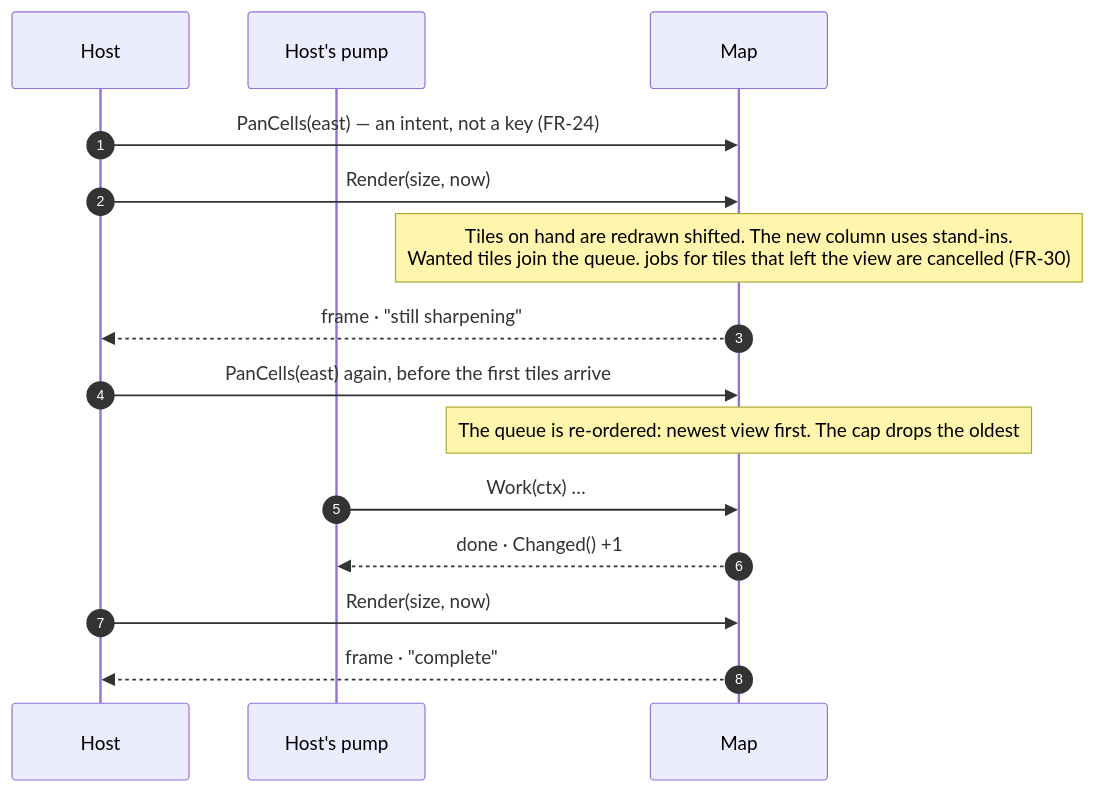
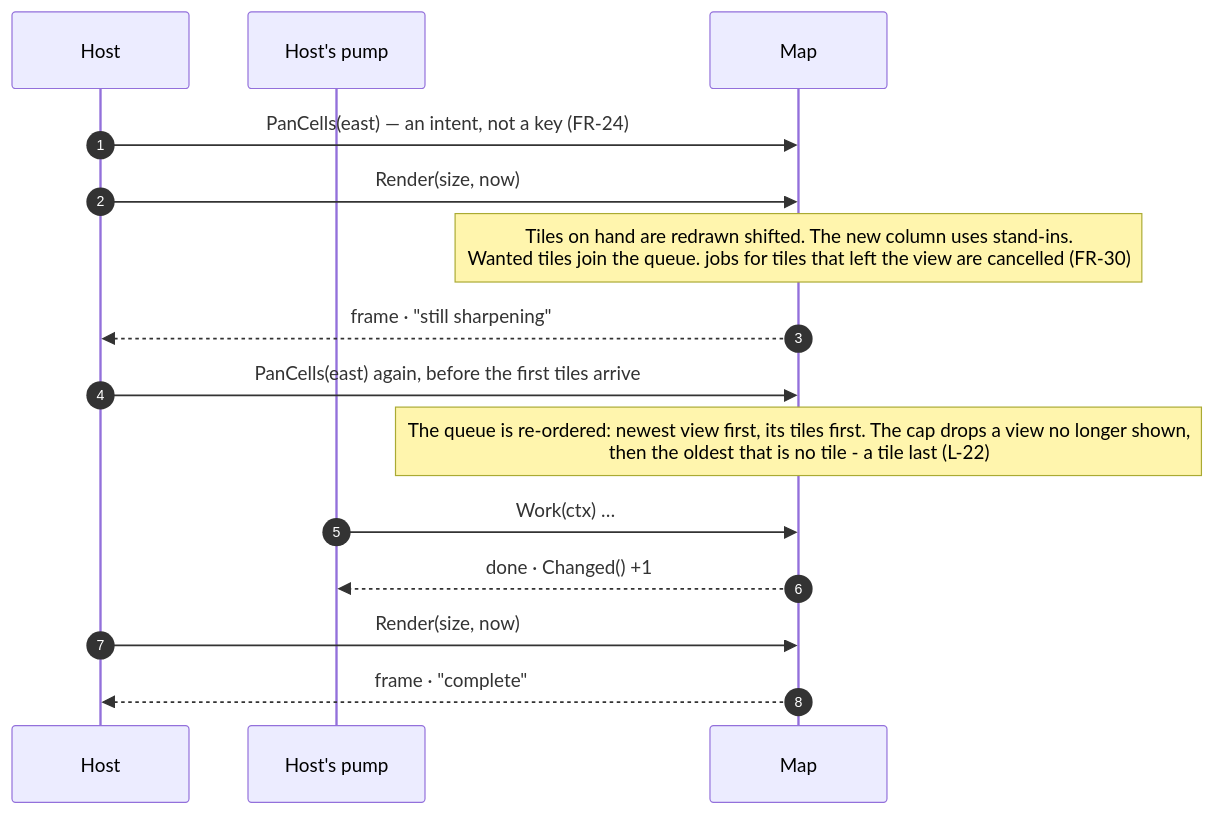
One commit to branden-thompson/go-tuimaps changed the second of 4 diagrams in 06_docs/02_features/go-tuimaps/03-architecture-design/L3-sequences.md. Above: the diagram before and after it, drawn with Mermaid. The commit also changed 16 other files, not shown here.

````diff
--- a/06_docs/02_features/go-tuimaps/03-architecture-design/L3-sequences.md
+++ b/06_docs/02_features/go-tuimaps/03-architecture-design/L3-sequences.md
@@ -48,17 +48,17 @@
 ```mermaid
 sequenceDiagram
     autonumber
     participant H as Host
     participant P as Host's pump
     participant M as Map
     H->>M: PanCells(east) — an intent, not a key (FR-24)
     H->>M: Render(size, now)
     Note over M: Tiles on hand are redrawn shifted. The new column uses stand-ins.<br/>Wanted tiles join the queue. jobs for tiles that left the view are cancelled (FR-30)
     M-->>H: frame · "still sharpening"
     H->>M: PanCells(east) again, before the first tiles arrive
-    Note over M: The queue is re-ordered: newest view first. The cap drops the oldest
+    Note over M: The queue is re-ordered: newest view first, its tiles first. The cap drops a view no longer shown,<br/>then the oldest that is no tile - a tile last (L-22)
     P->>M: Work(ctx) …
     M-->>P: done · Changed() +1
     H->>M: Render(size, now)
     M-->>H: frame · "complete"
 ```
````
